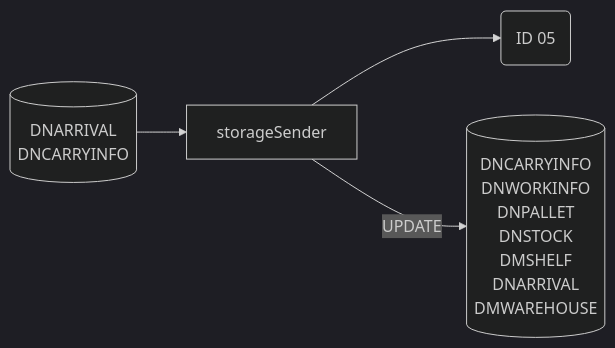
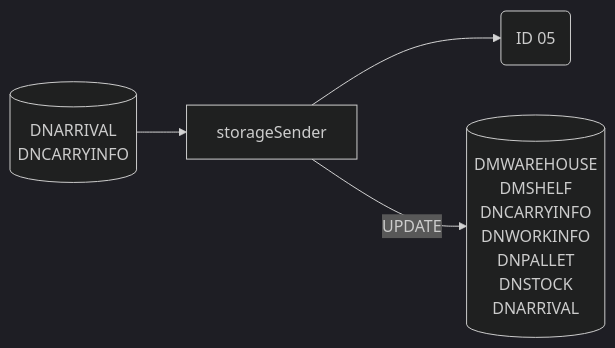
Before and after one commit to luthfiadityaa/SimeDarby-Wiki: the eighth of 11 diagrams in Basic-Design/DFD-WMS/Storage/Planned-Storage-Packaging-Material.md, drawn with Mermaid (dark theme). The commit also changed other lines of this file, not shown here.

```diff
--- a/Basic-Design/DFD-WMS/Storage/Planned-Storage-Packaging-Material.md
+++ b/Basic-Design/DFD-WMS/Storage/Planned-Storage-Packaging-Material.md
@@ -581,23 +480,23 @@
 ::: mermaid
 flowchart LR
 storageSender-update[("
+DMWAREHOUSE
+DMSHELF
 DNCARRYINFO
 DNWORKINFO
 DNPALLET
 DNSTOCK
-DMSHELF
 DNARRIVAL
-DMWAREHOUSE
 ")]
 storageSender-input[("
 DNARRIVAL
 DNCARRYINFO
 ")]
 
 id05msg("
 ID 05
 ")
 
 storageSender-input-->storageSender-->id05msg
 storageSender--> |UPDATE| storageSender-update
 :::
```
